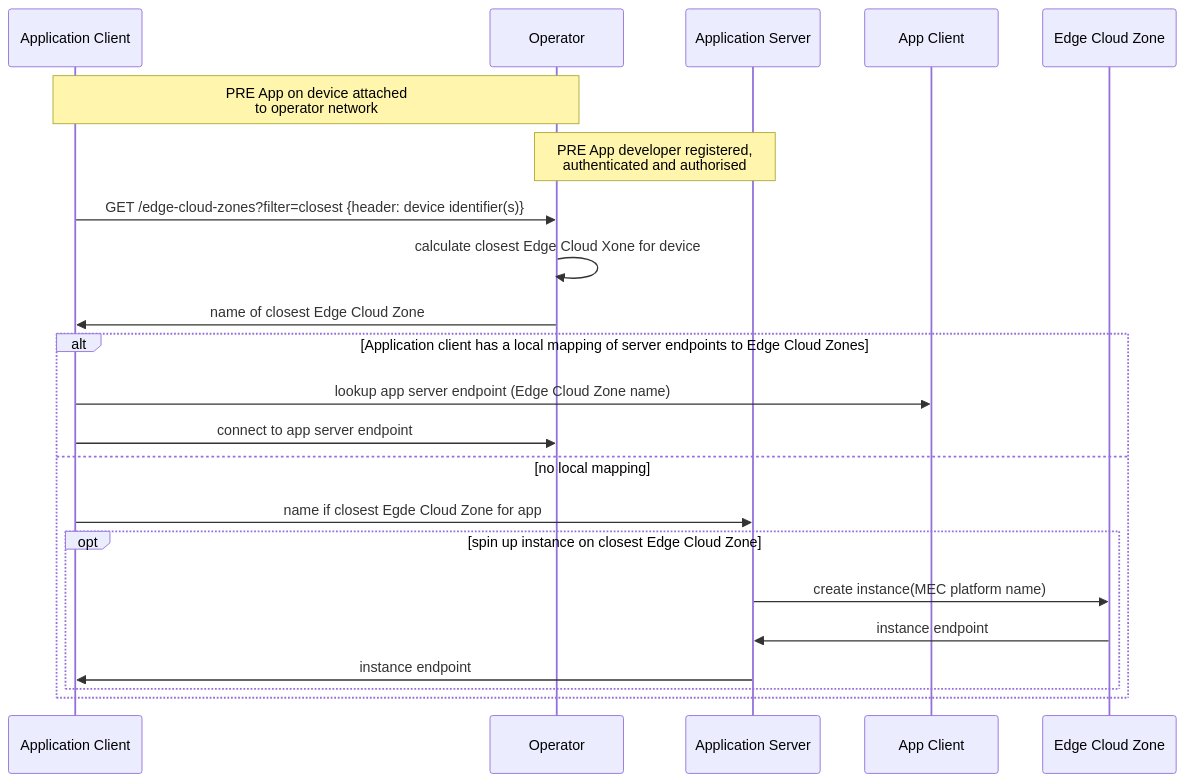
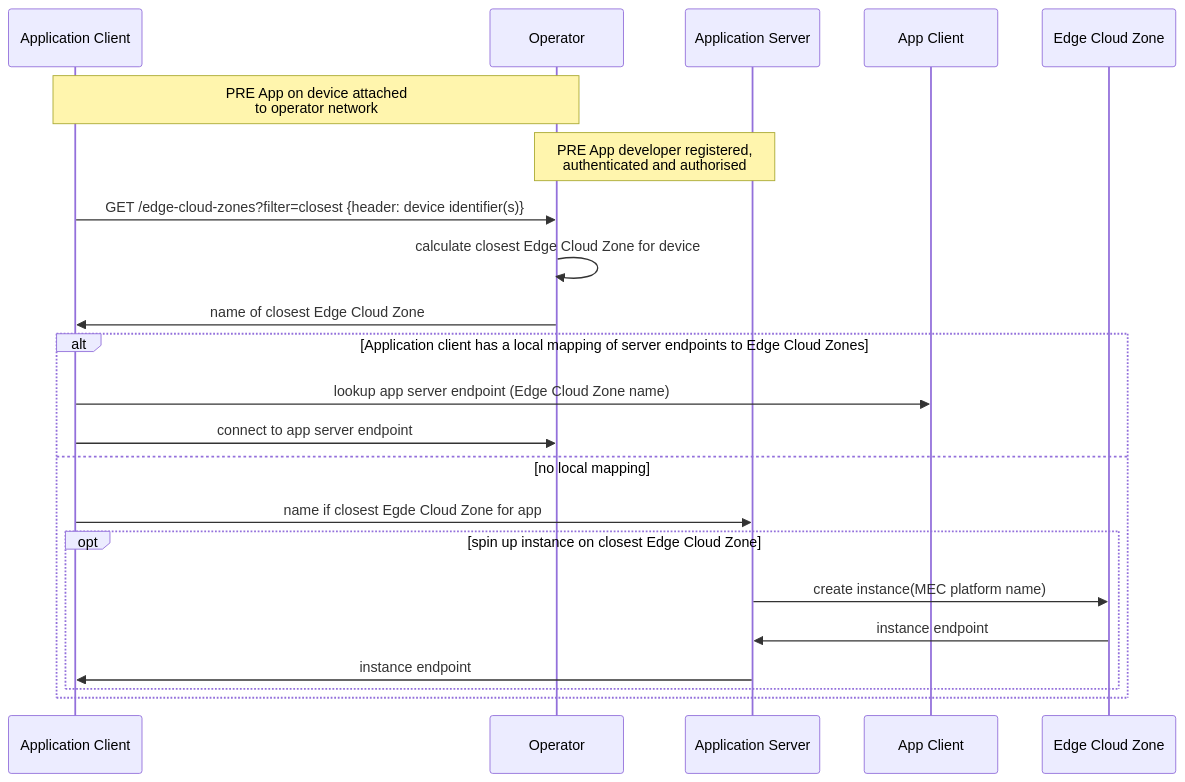
One commit to camaraproject/SimpleEdgeDiscovery changed the first of 2 diagrams in documentation/API_documentation/SED_User_Story.md. Above: the diagram before and after it, drawn with Mermaid.

Commit message:
Update SED_User_Story.md
Typo in sequence diagram: Xone->Zone

````diff
--- a/documentation/API_documentation/SED_User_Story.md
+++ b/documentation/API_documentation/SED_User_Story.md
@@ -26,19 +26,19 @@
 ```mermaid
 sequenceDiagram
     Note over Application Client,Operator: PRE App on device attached <br/> to operator network
     Note over Application Server,Operator: PRE App developer registered, <br/> authenticated and authorised
     Application Client->>Operator: GET /edge-cloud-zones?filter=closest {header: device identifier(s)}
-    Operator->>Operator: calculate closest Edge Cloud Xone for device
+    Operator->>Operator: calculate closest Edge Cloud Zone for device
     Operator->>Application Client: name of closest Edge Cloud Zone
    alt Application client has a local mapping of server endpoints to Edge Cloud Zones
     Application Client->>App Client: lookup app server endpoint (Edge Cloud Zone name)
     Application Client->>Operator: connect to app server endpoint
    else no local mapping
     Application Client->>Application Server: name if closest Egde Cloud Zone for app
     opt spin up instance on closest Edge Cloud Zone
      Application Server->>Edge Cloud Zone: create instance(MEC platform name)
      Edge Cloud Zone->>Application Server: instance endpoint
      Application Server->>Application Client: instance endpoint
     end
    end
 ```
````
